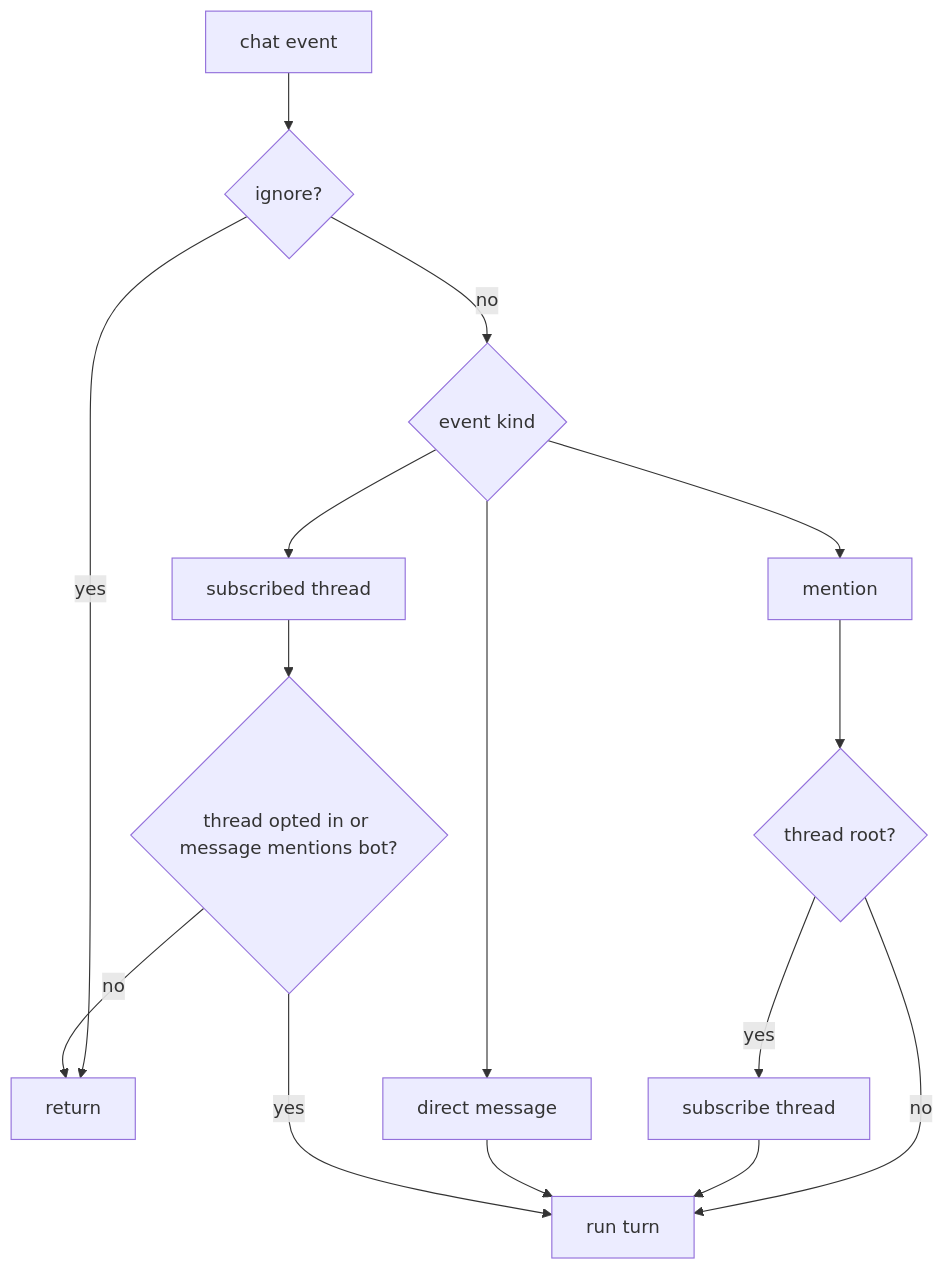
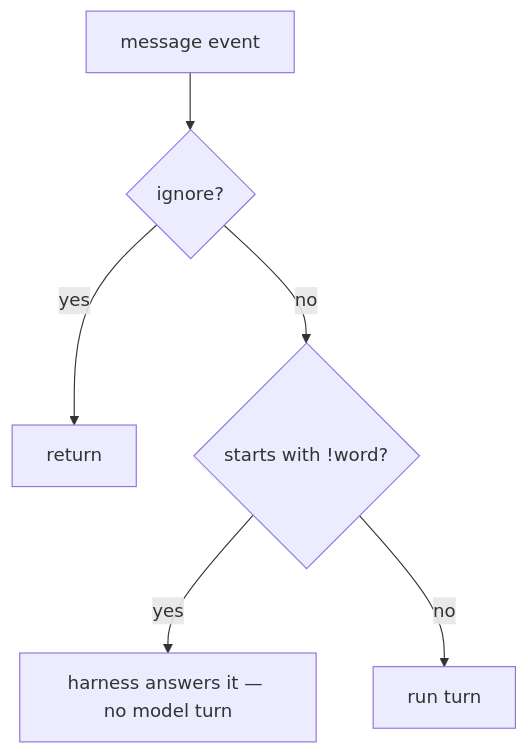
The diagram in docs/runtime/bot.md (Devansh-awat/kyto), drawn with Mermaid before and after one commit. The commit also changed other lines of this file and 12 other files, not shown here.

````diff
--- a/docs/runtime/bot.md
+++ b/docs/runtime/bot.md
@@ -17,17 +16,8 @@
 ```mermaid
 flowchart TD
-  Event["chat event"] --> Ignore{"ignore?"}
+  Event["message event"] --> Ignore{"ignore?"}
   Ignore -->|yes| End["return"]
-  Ignore -->|no| Route{"event kind"}
-  Route --> Mention["mention"]
-  Route --> DM["direct message"]
-  Route --> Subscribed["subscribed thread"]
-  Mention --> Root{"thread root?"}
-  Root -->|yes| Subscribe["subscribe thread"]
-  Root -->|no| Turn["run turn"]
-  Subscribe --> Turn
-  DM --> Turn
-  Subscribed --> Allowed{"thread opted in or message mentions bot?"}
-  Allowed -->|yes| Turn
-  Allowed -->|no| End
+  Ignore -->|no| Command{"starts with !word?"}
+  Command -->|yes| Handled["harness answers it — no model turn"]
+  Command -->|no| Turn["run turn"]
 ```
````
